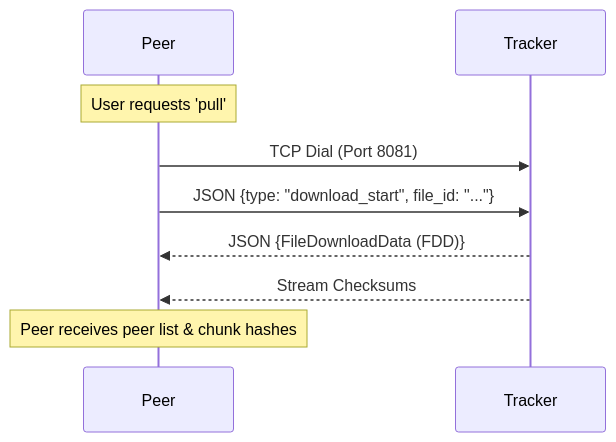
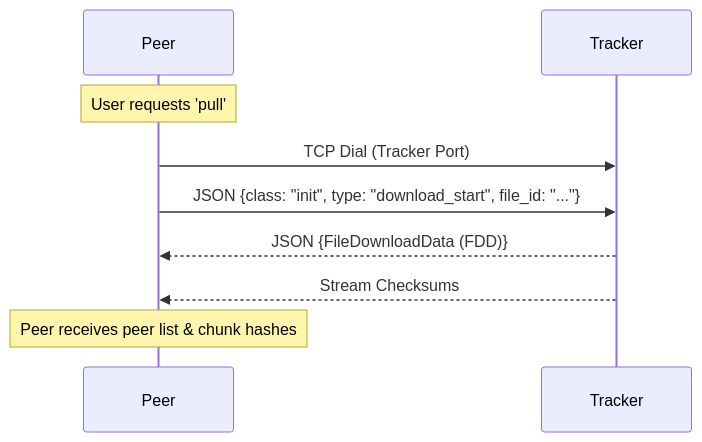
Before and after one commit to Parthivsurya/rainstorm_peer: the second of 3 diagrams in ARCHITECTURE.md, drawn with Mermaid.

Commit message:
Docs: Refine architecture diagram accuracy

````diff
--- a/ARCHITECTURE.md
+++ b/ARCHITECTURE.md
@@ -79,12 +79,12 @@
 ```mermaid
 sequenceDiagram
     participant Peer
     participant Tracker
 
     Note over Peer: User requests 'pull'
-    Peer->>Tracker: TCP Dial (Port 8081)
-    Peer->>Tracker: JSON {type: "download_start", file_id: "..."}
+    Peer->>Tracker: TCP Dial (Tracker Port)
+    Peer->>Tracker: JSON {class: "init", type: "download_start", file_id: "..."}
     Tracker-->>Peer: JSON {FileDownloadData (FDD)}
     Tracker-->>Peer: Stream Checksums
     Note over Peer: Peer receives peer list & chunk hashes
 ```
````
